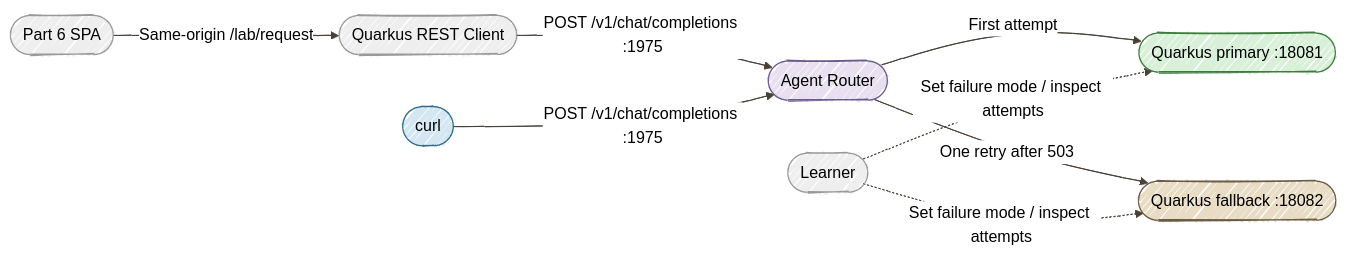
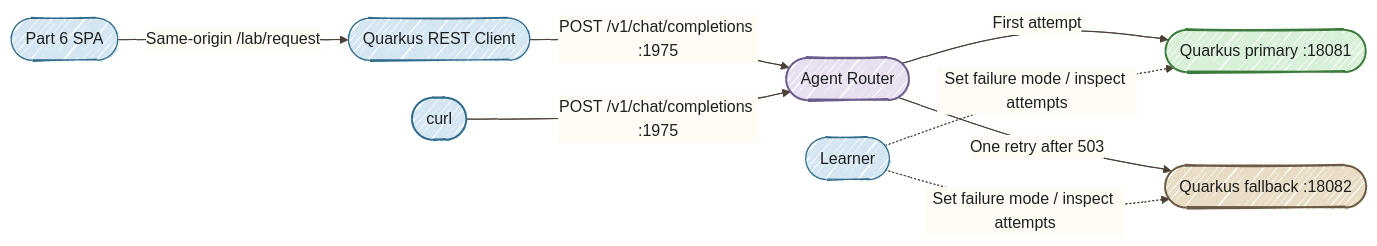
The second of 3 diagrams in docs/tutorials/06-model-routing.md (danieloh30/governed-agent-platform), drawn with Mermaid before and after one commit. The commit also changed other lines of this file and 14 other files, not shown here.

Commit message:
Improve Mermaid readability in light and dark modes

````diff
--- a/docs/tutorials/06-model-routing.md
+++ b/docs/tutorials/06-model-routing.md
@@ -70,15 +70,15 @@
 ```mermaid
-%%{init: {'look':'handDrawn','theme':'neutral','themeVariables': {'lineColor':'#4A4035'}}}%%
+%%{init: {"look":"handDrawn","theme":"base","themeVariables":{"darkMode":false,"background":"#FFFCF5","primaryColor":"#D4E6F1","primaryBorderColor":"#2E6B8A","primaryTextColor":"#1F1F1F","secondaryColor":"#D8F0D8","secondaryTextColor":"#1F1F1F","tertiaryColor":"#E8DCC4","tertiaryTextColor":"#1F1F1F","textColor":"#1F1F1F","lineColor":"#4A4035","edgeLabelBackground":"#FFFCF5","clusterBkg":"#F5F5F0","clusterBorder":"#6B5B45","fontSize":"16px","actorBkg":"#D4E6F1","actorBorder":"#2E6B8A","actorTextColor":"#1F1F1F","actorLineColor":"#6B5B45","signalColor":"#4A4035","signalTextColor":"#1F1F1F"},"flowchart":{"nodeSpacing":35,"rankSpacing":55,"padding":18}}}%%
 flowchart LR
     UI([Part 6 SPA]) -->|Same-origin /lab/request| Q([Quarkus REST Client])
     Q -->|POST /v1/chat/completions :1975| AR([Agent Router])
     C([curl]) -->|POST /v1/chat/completions :1975| AR
     AR -->|First attempt| P([Quarkus primary :18081])
     AR -->|One retry after 503| F([Quarkus fallback :18082])
     T([Learner]) -.->|Set failure mode / inspect attempts| P
     T -.->|Set failure mode / inspect attempts| F
-    style C fill:#D4E6F1,stroke:#2E6B8A
-    style AR fill:#E8E0F0,stroke:#6B5B8A
-    style P fill:#D8F0D8,stroke:#3D7A3D
-    style F fill:#E8DCC4,stroke:#6B5B45
+    style C fill:#D4E6F1,stroke:#2E6B8A,color:#1F1F1F,stroke-width:2px
+    style AR fill:#E8E0F0,stroke:#6B5B8A,color:#1F1F1F,stroke-width:2px
+    style P fill:#D8F0D8,stroke:#3D7A3D,color:#1F1F1F,stroke-width:2px
+    style F fill:#E8DCC4,stroke:#6B5B45,color:#1F1F1F,stroke-width:2px
 ```
````
